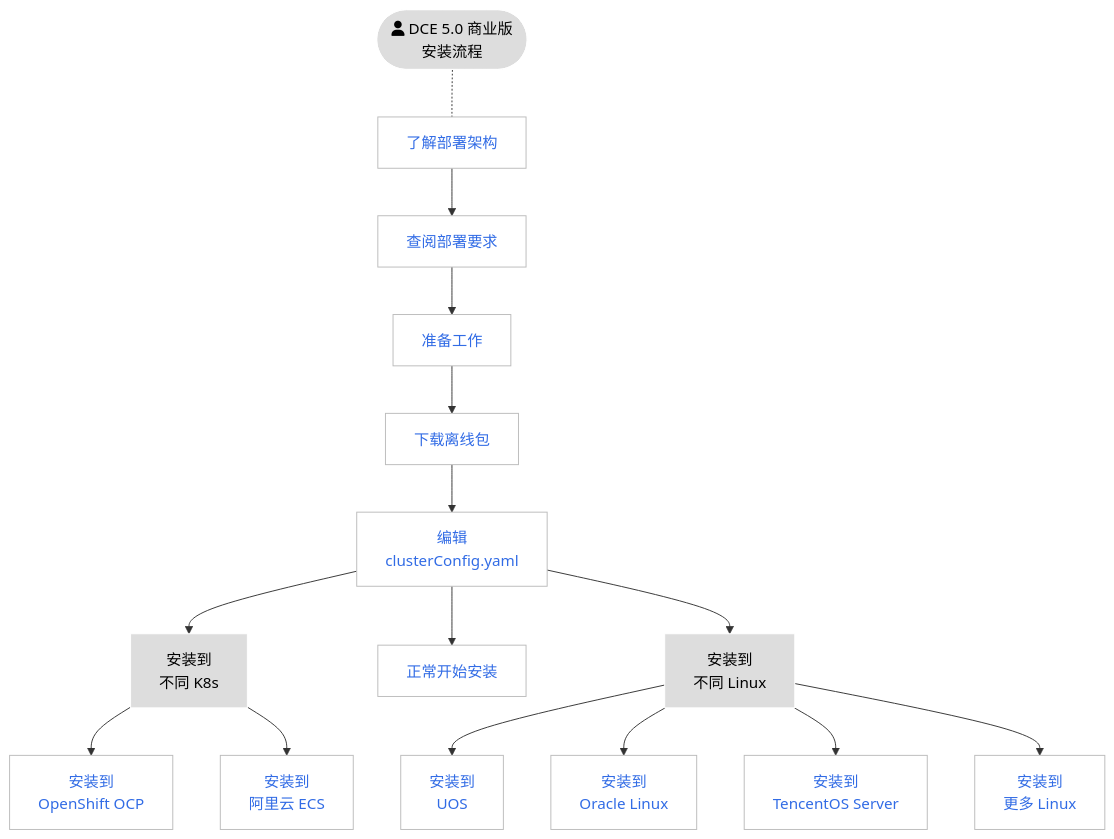
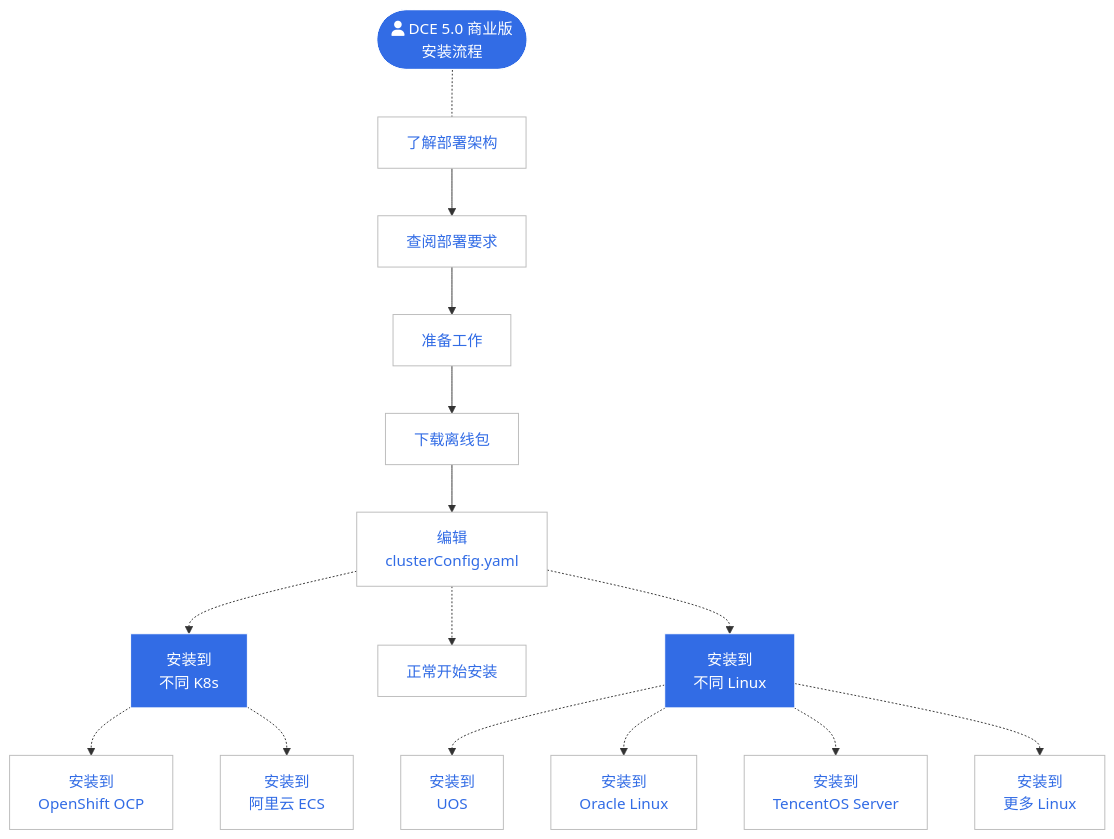
The second of 2 diagrams in docs/zh/docs/install/index.md (DaoCloud/DaoCloud-docs), drawn with Mermaid before and after one commit. The commit also changed other lines of this file and 1 other file, not shown here.

Commit message:
update install mermaid

````diff
--- a/docs/zh/docs/install/index.md
+++ b/docs/zh/docs/install/index.md
@@ -115,45 +115,45 @@
 ```mermaid
 flowchart TB
 
     start([fa:fa-user DCE 5.0 商业版<br>安装流程]) -.- arch[了解部署架构]
     arch --> deploy[查阅部署要求]
     deploy --> prepare[准备工作]
     prepare --> download[下载离线包]
     download --> config[编辑<br>clusterConfig.yaml]
     
-    config --> other-k8s[安装到<br>不同 K8s]
-    config --> install[正常开始安装]
-    config --> other-os[安装到<br>不同 Linux]
+    config -.-> other-k8s[安装到<br>不同 K8s]
+    config -.-> install[正常开始安装]
+    config -.-> other-os[安装到<br>不同 Linux]
 
-    other-k8s --> ocp[安装到<br>OpenShift OCP]
-    other-k8s --> ali[安装到<br>阿里云 ECS]
+    other-k8s -.-> ocp[安装到<br>OpenShift OCP]
+    other-k8s -.-> ali[安装到<br>阿里云 ECS]
 
-    other-os --> uos[安装到<br>UOS]
-    other-os --> oracle[安装到<br>Oracle Linux]
-    other-os --> tencent[安装到<br>TencentOS Server]
-    other-os --> other[安装到<br>更多 Linux]
+    other-os -.-> uos[安装到<br>UOS]
+    other-os -.-> oracle[安装到<br>Oracle Linux]
+    other-os -.-> tencent[安装到<br>TencentOS Server]
+    other-os -.-> other[安装到<br>更多 Linux]
 
 
 classDef grey fill:#dddddd,stroke:#ffffff,stroke-width:1px,color:#000000, font-size:15px;
 classDef white fill:#ffffff,stroke:#000,stroke-width:1px,color:#000,font-weight:bold
 classDef spacewhite fill:#ffffff,stroke:#fff,stroke-width:0px,color:#000
 classDef plain fill:#ddd,stroke:#fff,stroke-width:1px,color:#000;
 classDef k8s fill:#326ce5,stroke:#fff,stroke-width:1px,color:#fff;
 classDef cluster fill:#fff,stroke:#bbb,stroke-width:1px,color:#326ce5;
 
 class arch,deploy,prepare,download,config,install,ocp,ali,uos,oracle,tencent,other cluster
-class start,other-k8s,other-os plain
+class start,other-k8s,other-os k8s
 
 click arch "https://docs.daocloud.io/install/commercial/deploy-arch.html"
 click deploy "https://docs.daocloud.io/install/commercial/deploy-requirements.html"
 click prepare "https://docs.daocloud.io/install/commercial/prepare.html"
 click download "https://docs.daocloud.io/install/commercial/start-install.html#1"
 click config "https://docs.daocloud.io/install/commercial/start-install.html#2-clusterconfigyaml"
 click install "https://docs.daocloud.io/install/commercial/start-install.html#3"
 click ocp "https://docs.daocloud.io/install/k8s-install/ocp-install-dce5.0.html"
 click ali "https://docs.daocloud.io/install/k8s-install/ecs-install-dce5.0.html"
 click uos "https://docs.daocloud.io/install/os-install/uos-v20-install-dce5.0.html"
 click oracle "https://docs.daocloud.io/install/os-install/oracleLinux-install-dce5.0.html"
 click tencent "https://docs.daocloud.io/install/os-install/TencentOS-install-dce5.0.html"
 click other "https://docs.daocloud.io/install/os-install/otherlinux.html"
 ```
````
